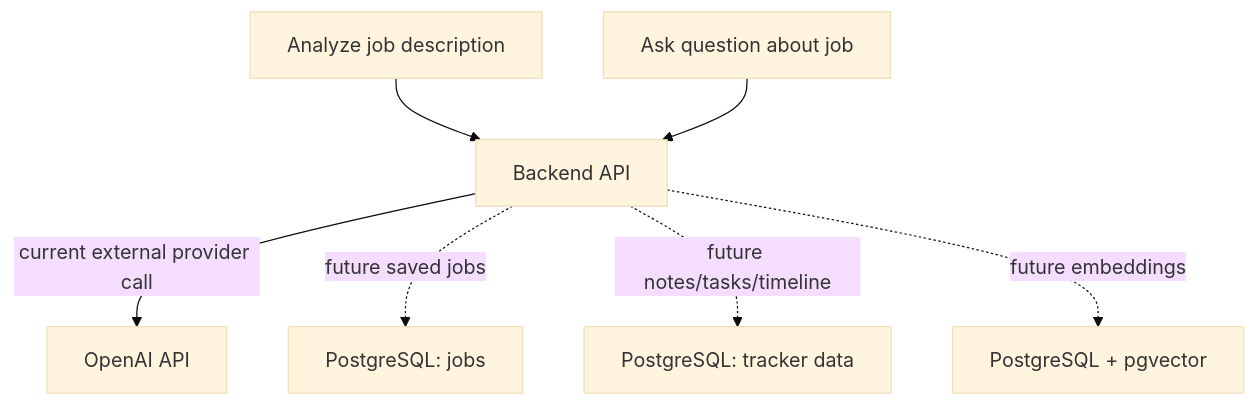
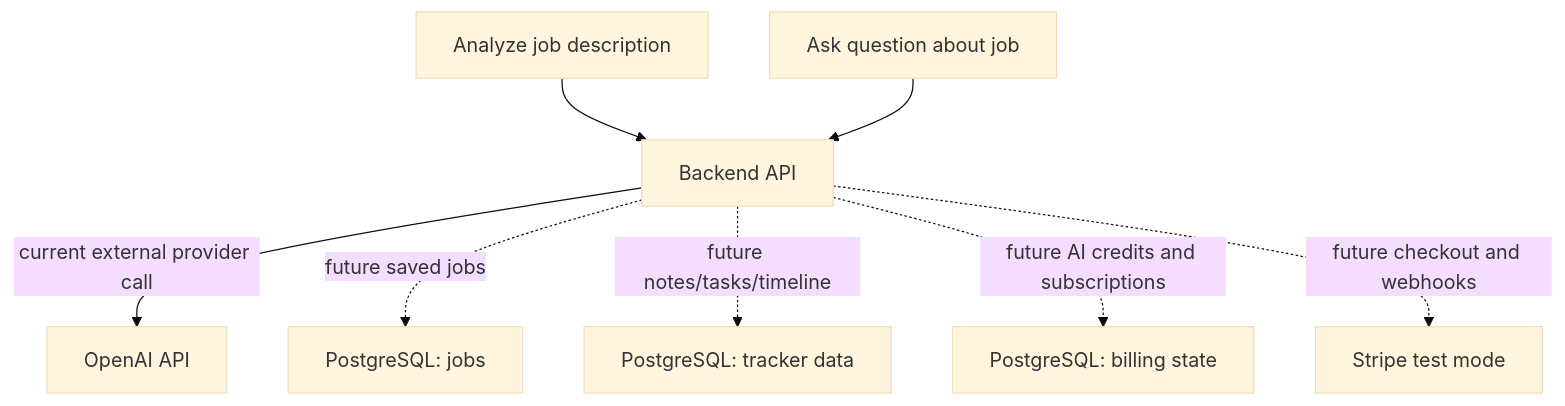
The third of 3 diagrams in docs/infrastructure.md (deepanrajj/ai-job-assistant), drawn with Mermaid (base theme) before and after one commit. The commit also changed other lines of this file and 77 other files, not shown here.

First line of the commit message:
chore(): updated application roadmap (#2)

````diff
--- a/docs/infrastructure.md
+++ b/docs/infrastructure.md
@@ -66,10 +70,11 @@
 ```mermaid
 flowchart TD
   Analyze["Analyze job description"] --> Api["Backend API"]
   Ask["Ask question about job"] --> Api
 
   Api -->|"current external provider call"| OpenAI["OpenAI API"]
   Api -. "future saved jobs" .-> JobsDb["PostgreSQL: jobs"]
   Api -. "future notes/tasks/timeline" .-> TrackerDb["PostgreSQL: tracker data"]
-  Api -. "future embeddings" .-> VectorDb["PostgreSQL + pgvector"]
+  Api -. "future AI credits and subscriptions" .-> BillingDb["PostgreSQL: billing state"]
+  Api -. "future checkout and webhooks" .-> Stripe["Stripe test mode"]
 ```
````
